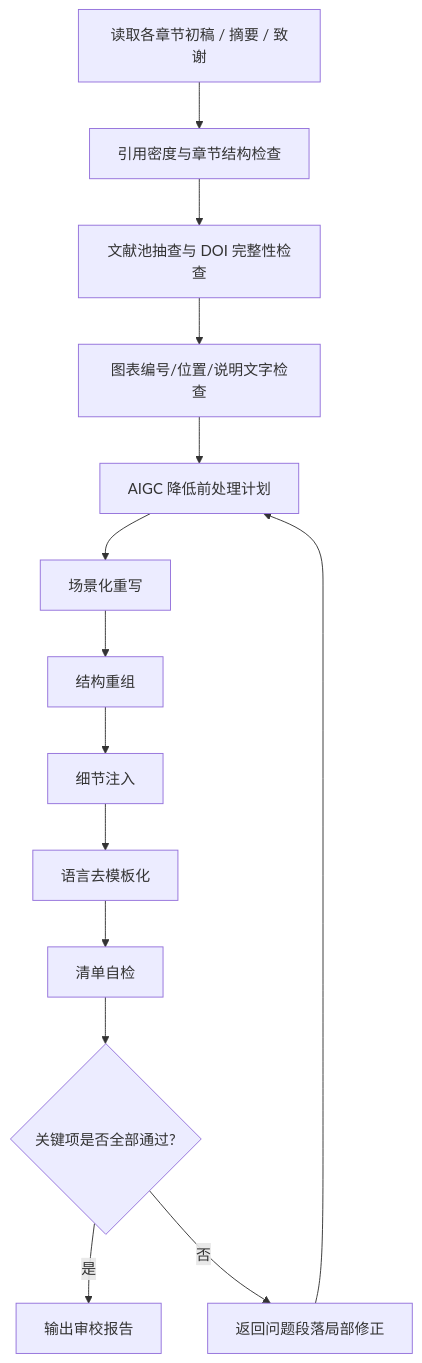
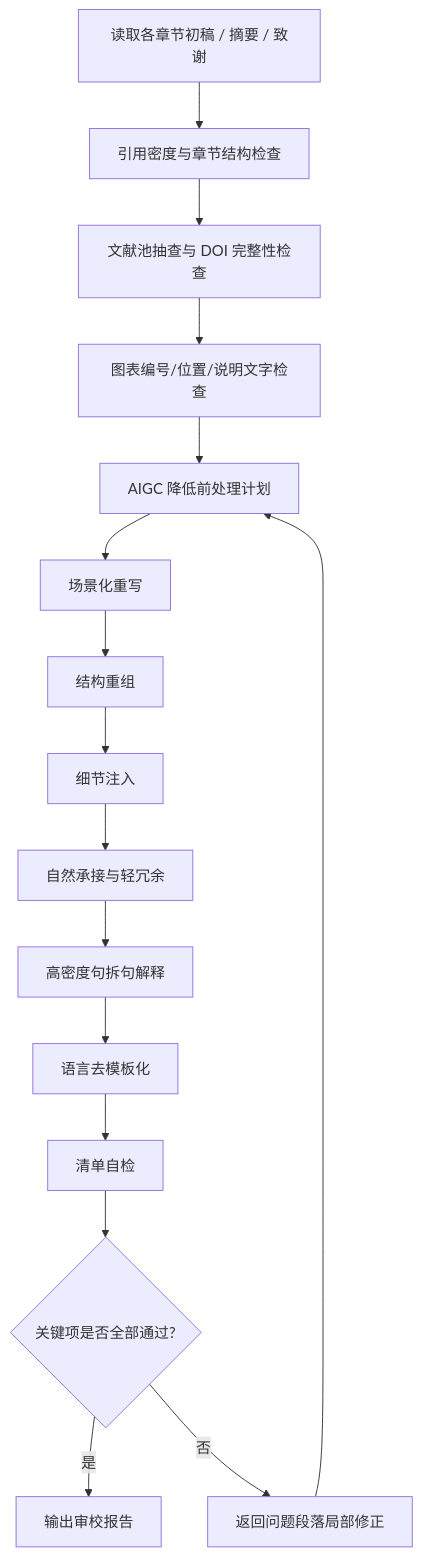
The diagram in workflows/step_6_review_polish.md (Stars-OC/thesis-creator), drawn with Mermaid before and after one commit. The commit also changed other lines of this file and 8 other files, not shown here.

````diff
--- a/workflows/step_6_review_polish.md
+++ b/workflows/step_6_review_polish.md
@@ -27,16 +27,18 @@
 ```mermaid
 flowchart TD
     A[读取各章节初稿 / 摘要 / 致谢] --> B[引用密度与章节结构检查]
     B --> C[文献池抽查与 DOI 完整性检查]
     C --> D[图表编号/位置/说明文字检查]
     D --> E[AIGC 降低前处理计划]
     E --> F[场景化重写]
     F --> G[结构重组]
     G --> H[细节注入]
-    H --> I[语言去模板化]
-    I --> J[清单自检]
-    J --> K{关键项是否全部通过?}
-    K -->|是| L[输出审校报告]
-    K -->|否| M[返回问题段落局部修正]
-    M --> E
+    H --> I[自然承接与轻冗余]
+    I --> J[高密度句拆句解释]
+    J --> K[语言去模板化]
+    K --> L[清单自检]
+    L --> M{关键项是否全部通过?}
+    M -->|是| N[输出审校报告]
+    M -->|否| O[返回问题段落局部修正]
+    O --> E
 ```
````
